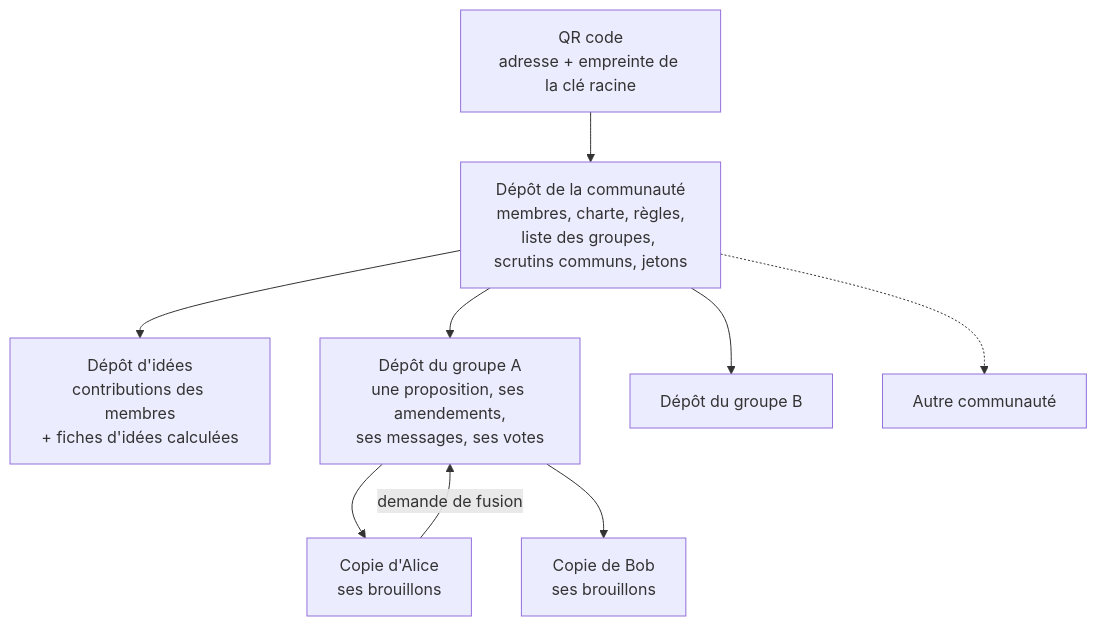
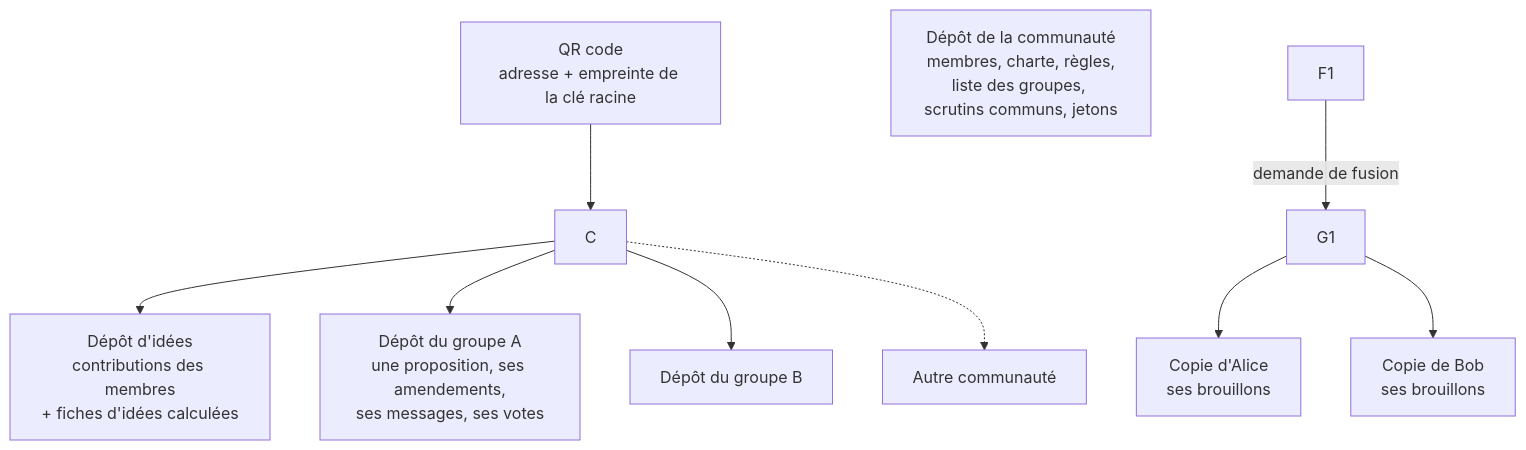
The diagram in réflexions/présentation__kuneagi_v2.md (michaellaunay/NotesPubliques), drawn with Mermaid before and after one commit. The commit also changed other lines of this file, not shown here.

````diff
--- a/réflexions/présentation__kuneagi_v2.md
+++ b/réflexions/présentation__kuneagi_v2.md
@@ -394,12 +481,12 @@
 ```mermaid
 flowchart TD
-  QR["QR code<br/>adresse + empreinte de la clé racine"] --> C
-  C["Dépôt de la communauté<br/>membres, charte, règles,<br/>liste des groupes, scrutins communs, jetons"]
-  C --> I["Dépôt d'idées<br/>contributions des membres<br/>+ fiches d'idées calculées"]
-  C --> G1["Dépôt du groupe A<br/>une proposition, ses amendements,<br/>ses messages, ses votes"]
-  C --> G2["Dépôt du groupe B"]
-  C -.-> C2["Autre communauté"]
-  G1 --> F1["Copie d'Alice<br/>ses brouillons"]
-  G1 --> F2["Copie de Bob<br/>ses brouillons"]
+  QR\["QR code<br/>adresse + empreinte de la clé racine"] --> C
+  C\["Dépôt de la communauté<br/>membres, charte, règles,<br/>liste des groupes, scrutins communs, jetons"]
+  C --> I\["Dépôt d'idées<br/>contributions des membres<br/>+ fiches d'idées calculées"]
+  C --> G1\["Dépôt du groupe A<br/>une proposition, ses amendements,<br/>ses messages, ses votes"]
+  C --> G2\["Dépôt du groupe B"]
+  C -.-> C2\["Autre communauté"]
+  G1 --> F1\["Copie d'Alice<br/>ses brouillons"]
+  G1 --> F2\["Copie de Bob<br/>ses brouillons"]
   F1 -- "demande de fusion" --> G1
 ```
````
